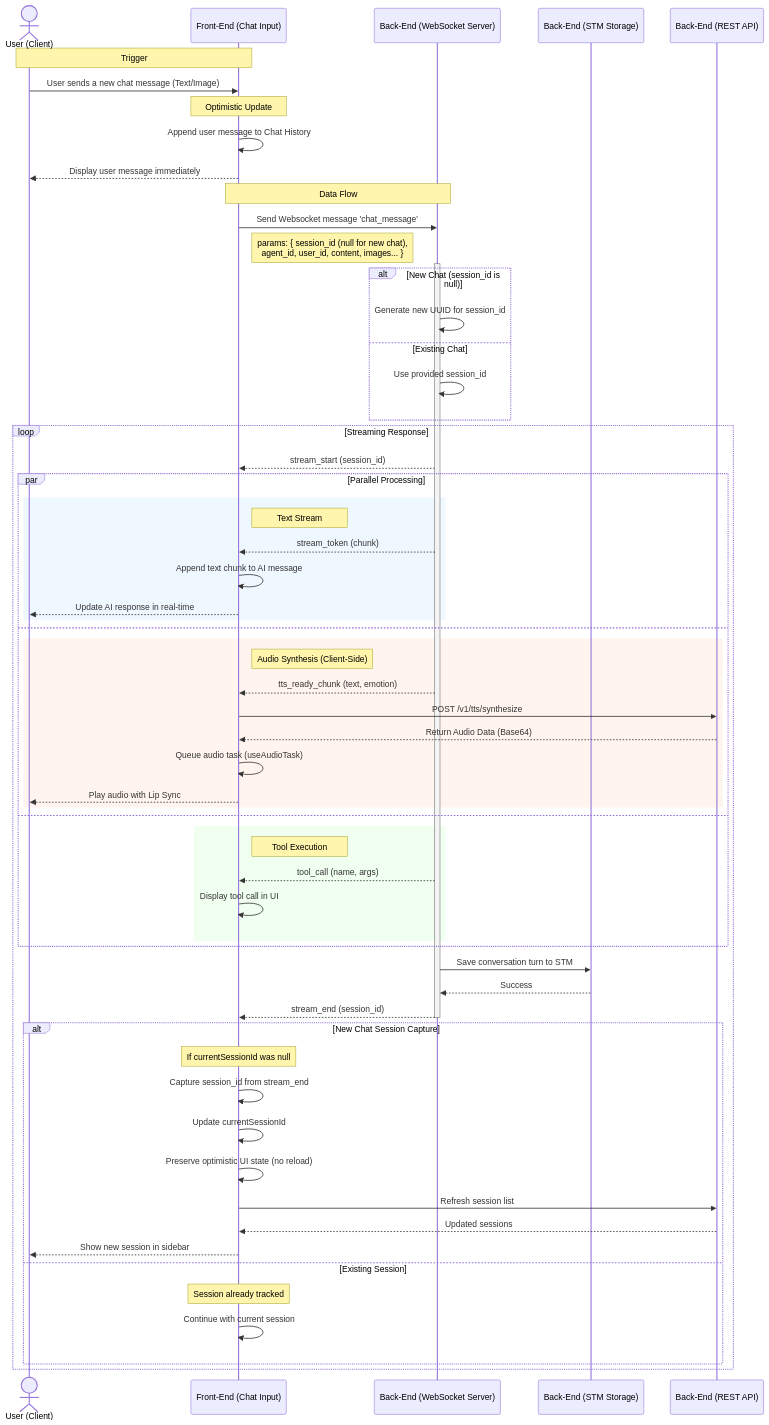
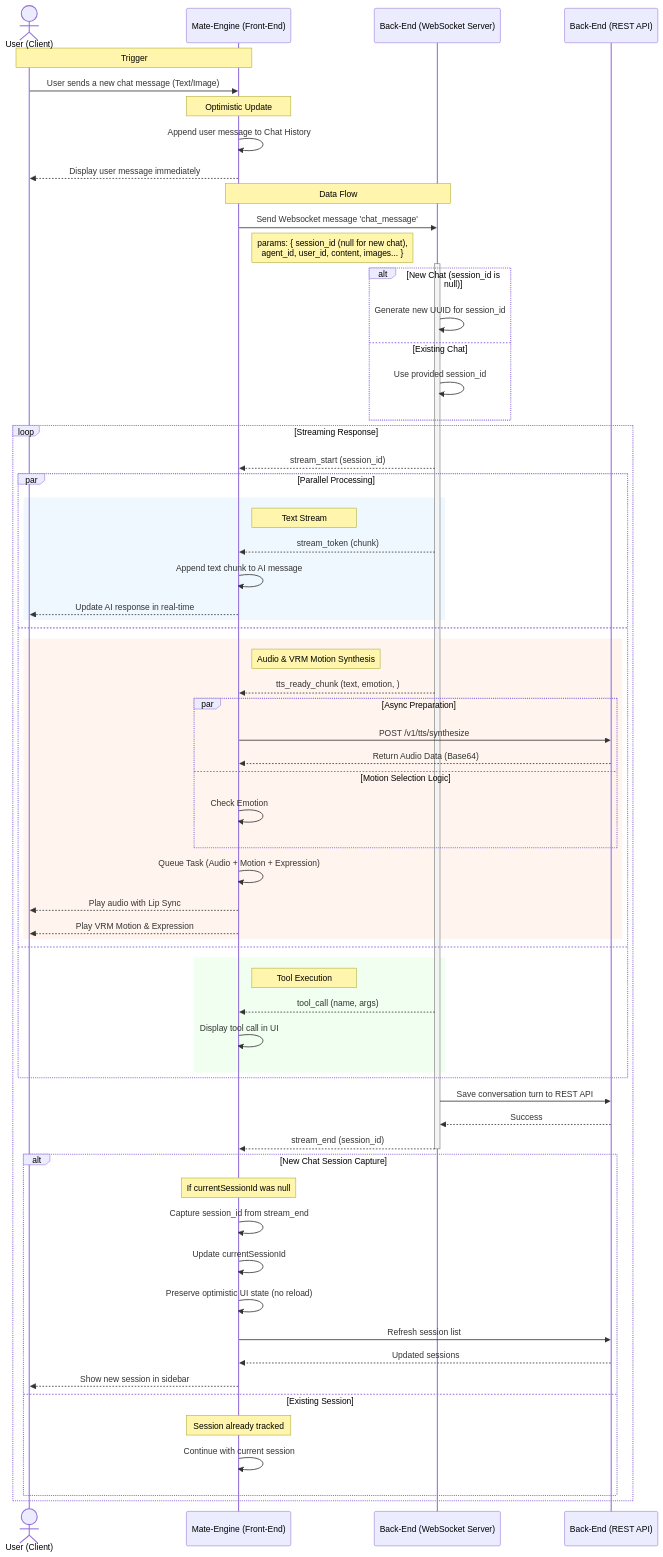
Before and after one commit to yw0nam/DesktopMatePlus: the diagram in docs/data_flow/chat/ADD_CHAT_MESSAGE.md, drawn with Mermaid. The commit also changed other lines of this file and 2 other files, not shown here.

Commit message:
chore: update logging and doc
1. update logging in search_memory to remove limit parameter from log message
2. update chat message flow and websocket guide doc.

````diff
--- a/docs/data_flow/chat/ADD_CHAT_MESSAGE.md
+++ b/docs/data_flow/chat/ADD_CHAT_MESSAGE.md
@@ -18,73 +18,79 @@
 ```mermaid
 sequenceDiagram
     actor User as User (Client)
-    participant FE as Front-End (Chat Input)
+    participant FE as Mate-Engine (Front-End)
     participant BE as Back-End (WebSocket Server)
-    participant STM as Back-End (STM Storage)
     participant API as Back-End (REST API)
 
     Note over User, FE: Trigger
     User->>FE: User sends a new chat message (Text/Image)
 
     Note over FE: Optimistic Update
     FE->>FE: Append user message to Chat History
     FE-->>User: Display user message immediately
 
     Note over FE, BE: Data Flow
     FE->>BE: Send Websocket message 'chat_message'
     Note right of FE: params: { session_id (null for new chat),<br/>agent_id, user_id, content, images... }
-
+    
     activate BE
-
+    
     alt New Chat (session_id is null)
         BE->>BE: Generate new UUID for session_id
     else Existing Chat
         BE->>BE: Use provided session_id
     end
-
+    
     loop Streaming Response
         BE-->>FE: stream_start (session_id)
-
+        
         par Parallel Processing
             rect rgb(240, 248, 255)
                 note right of FE: Text Stream
                 BE-->>FE: stream_token (chunk)
                 FE->>FE: Append text chunk to AI message
                 FE-->>User: Update AI response in real-time
             end
-        and
+        and 
             rect rgb(255, 245, 238)
-                note right of FE: Audio Synthesis (Client-Side)
-                BE-->>FE: tts_ready_chunk (text, emotion)
-                FE->>API: POST /v1/tts/synthesize
-                API-->>FE: Return Audio Data (Base64)
-                FE->>FE: Queue audio task (useAudioTask)
+                note right of FE: Audio & VRM Motion Synthesis
+                BE-->>FE: tts_ready_chunk (text, emotion, )
+                
+                par Async Preparation
+                    FE->>API: POST /v1/tts/synthesize
+                    API-->>FE: Return Audio Data (Base64)
+                and Motion Selection Logic
+                    FE->>FE: Check Emotion
+                end
+                
+                FE->>FE: Queue Task (Audio + Motion + Expression)
                 FE-->>User: Play audio with Lip Sync
+                FE-->>User: Play VRM Motion & Expression
             end
-        and
+        and 
             rect rgb(240, 255, 240)
                 note right of FE: Tool Execution
                 BE-->>FE: tool_call (name, args)
                 FE->>FE: Display tool call in UI
             end
         end
 
-        BE->>STM: Save conversation turn to STM
-        STM-->>BE: Success
+        BE->>API: Save conversation turn to REST API
+        API-->>BE: Success
         BE-->>FE: stream_end (session_id)
         deactivate BE
-
+        
         alt New Chat Session Capture
             Note over FE: If currentSessionId was null
             FE->>FE: Capture session_id from stream_end
             FE->>FE: Update currentSessionId
             FE->>FE: Preserve optimistic UI state (no reload)
             FE->>API: Refresh session list
             API-->>FE: Updated sessions
             FE-->>User: Show new session in sidebar
         else Existing Session
             Note over FE: Session already tracked
             FE->>FE: Continue with current session
         end
     end
 ```
````
